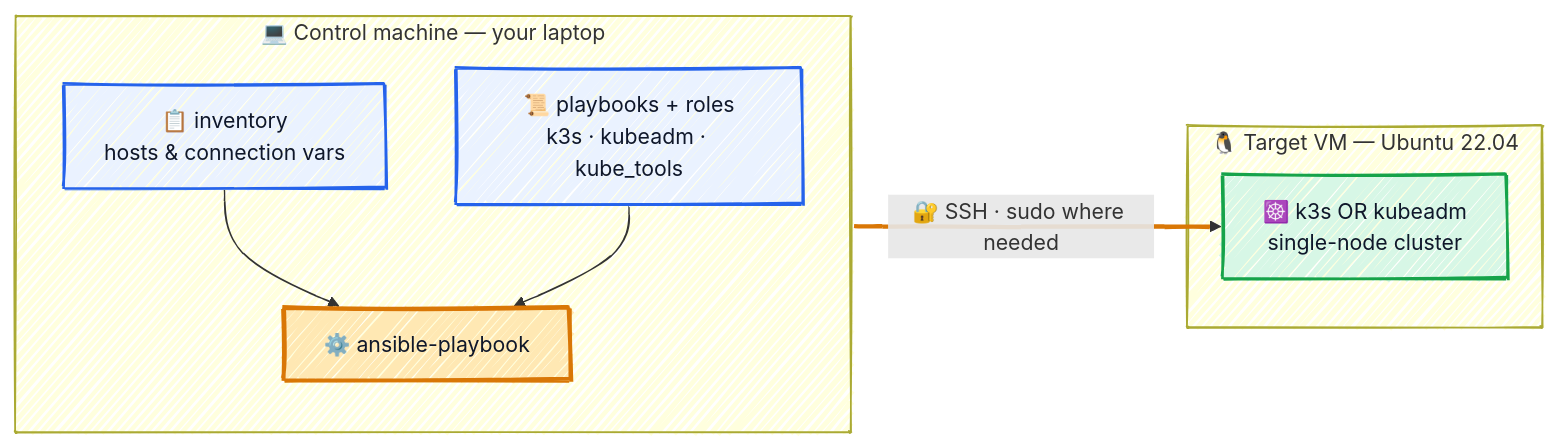
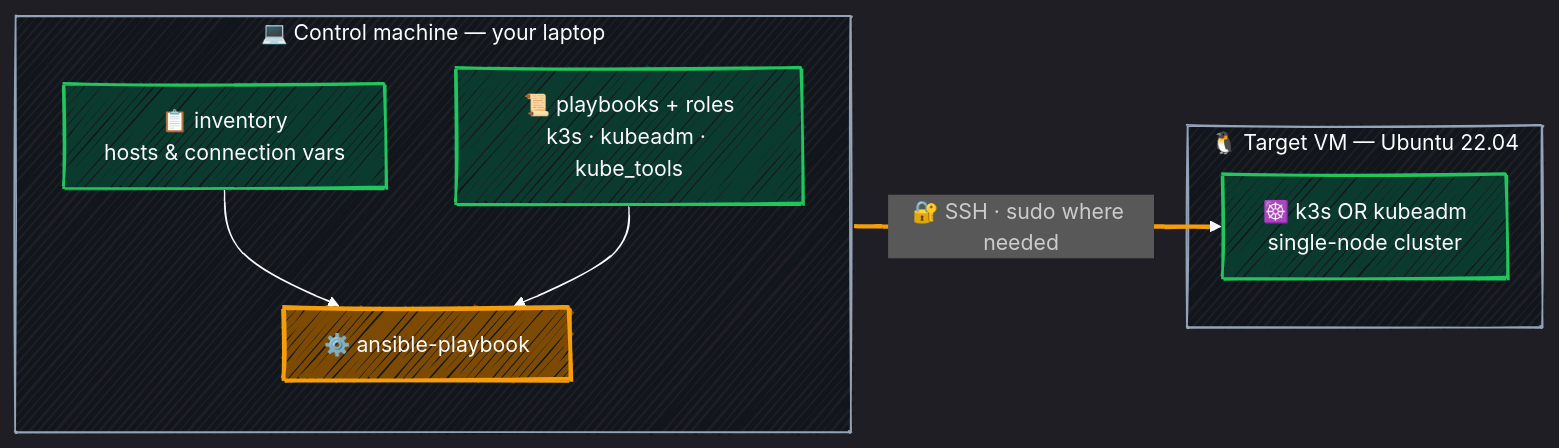
The first of 4 diagrams in README.md (r97221004/ansible-tutorial), drawn with Mermaid before and after one commit. The commit also changed other lines of this file, not shown here.

First line of the commit message:
docs: switch diagrams to dark theme and bump stars badge

````diff
--- a/README.md
+++ b/README.md
@@ -125,32 +125,40 @@
 ```mermaid
 ---
 config:
   look: handDrawn
-  theme: default
+  theme: dark
   themeVariables:
     fontFamily: '"Comic Sans MS", "Comic Sans", "Segoe Print", "Bradley Hand", cursive'
+    darkMode: true
+    background: '#11151c'
+    primaryColor: '#0B3B2E'
+    primaryBorderColor: '#22C55E'
+    primaryTextColor: '#F8FAFC'
+    lineColor: '#F8FAFC'
+    clusterBkg: '#11151c'
+    clusterBorder: '#94A3B8'
 ---
 flowchart LR
     subgraph control["💻 Control machine — your laptop"]
         direction TB
         inv["📋 inventory<br/>hosts &amp; connection vars"]
         pb["📜 playbooks + roles<br/>k3s · kubeadm · kube_tools"]
         ans["⚙️ ansible-playbook"]
     end
 
     subgraph target["🐧 Target VM — Ubuntu 22.04"]
         k8s["☸️ k3s OR kubeadm<br/>single-node cluster"]
     end
 
     inv --> ans
     pb --> ans
     ans ==>|"🔐 SSH · sudo where needed"| k8s
 
-    classDef ctrl fill:#EAF2FF,stroke:#2563EB,stroke-width:2px,color:#0F172A;
-    classDef eng fill:#FFE8B3,stroke:#D97706,stroke-width:3px,color:#0F172A;
-    classDef tgt fill:#D7F7E6,stroke:#16A34A,stroke-width:2px,color:#0F172A;
+    classDef ctrl fill:#0B3B2E,stroke:#22C55E,stroke-width:2px,color:#F8FAFC;
+    classDef eng fill:#7C4A03,stroke:#F59E0B,stroke-width:3px,color:#F8FAFC;
+    classDef tgt fill:#0B3B2E,stroke:#22C55E,stroke-width:2px,color:#F8FAFC;
     class inv,pb ctrl;
     class ans eng;
     class k8s tgt;
-    linkStyle 2 stroke:#D97706,stroke-width:3px;
+    linkStyle 2 stroke:#F59E0B,stroke-width:3px;
 ```
````
